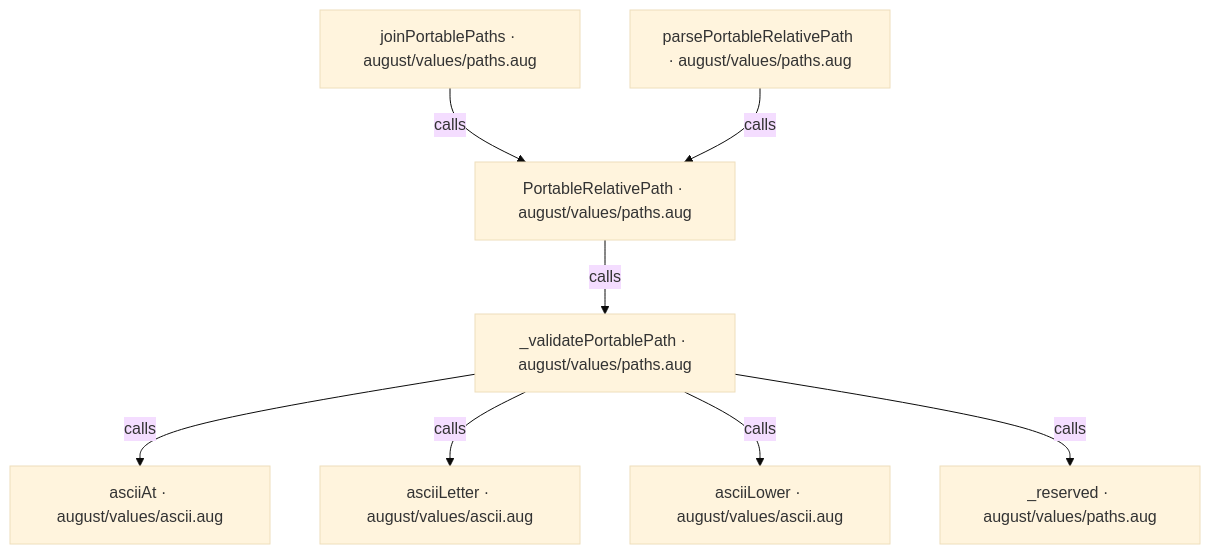
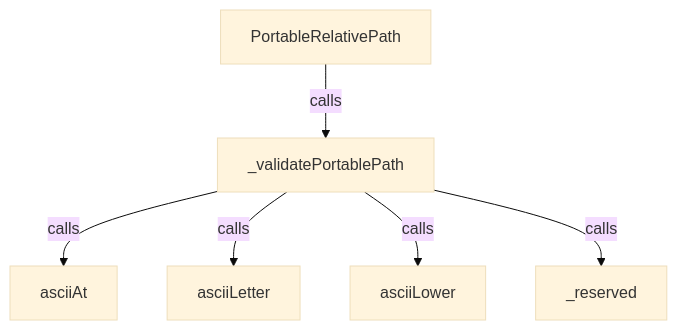
One commit to GreenPandaStudios/augscript changed the first of 8 diagrams in src/stdlib/values/paths.aug.diagrams.md. Above: the diagram before and after it, drawn with Mermaid (base theme). The commit also changed other lines of this file and 524 other files, not shown here.

Commit message:
Explain checked data flow at folder and service levels

````diff
--- a/src/stdlib/values/paths.aug.diagrams.md
+++ b/src/stdlib/values/paths.aug.diagrams.md
@@ -9,18 +9,14 @@
 ```mermaid
 flowchart TD
-    n0["asciiAt · august/values/ascii.aug"]
-    n1["asciiLetter · august/values/ascii.aug"]
-    n2["asciiLower · august/values/ascii.aug"]
-    n3["PortableRelativePath · august/values/paths.aug"]
-    n4["_reserved · august/values/paths.aug"]
-    n5["_validatePortablePath · august/values/paths.aug"]
-    n6["joinPortablePaths · august/values/paths.aug"]
-    n7["parsePortableRelativePath · august/values/paths.aug"]
+    n0["asciiAt"]
+    n1["asciiLetter"]
+    n2["asciiLower"]
+    n3["PortableRelativePath"]
+    n4["_reserved"]
+    n5["_validatePortablePath"]
     n3 -->|"calls"| n5
     n5 -->|"calls"| n0
     n5 -->|"calls"| n1
     n5 -->|"calls"| n2
     n5 -->|"calls"| n4
-    n6 -->|"calls"| n3
-    n7 -->|"calls"| n3
 ```
````
